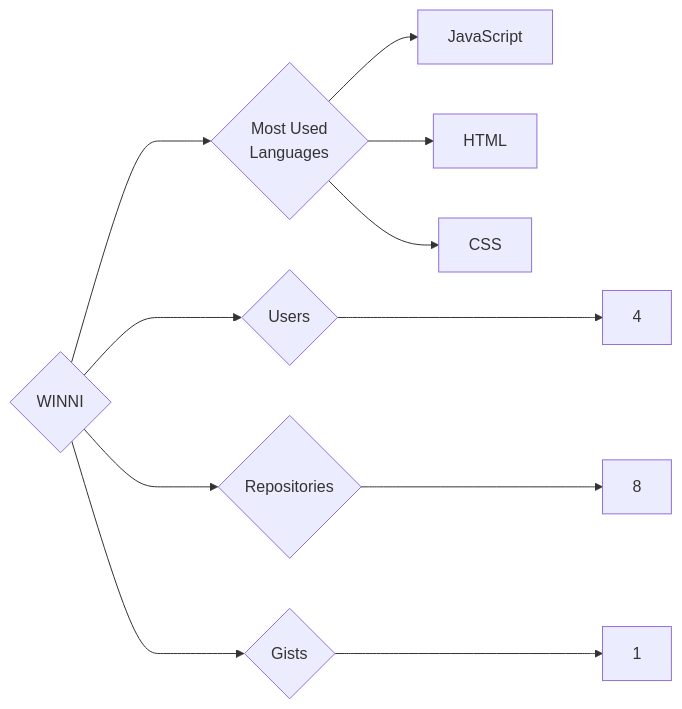
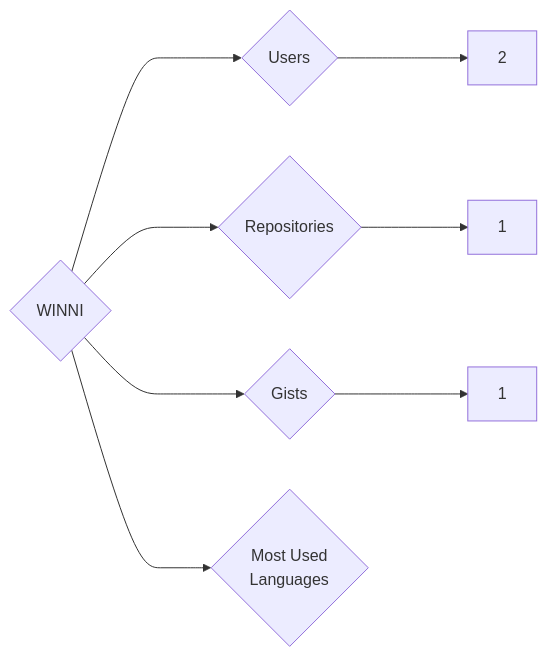
The diagram in targets/WINNI/README.md (trickest/insiders), drawn with Mermaid before and after one commit. The commit also changed 969 other files, not shown here.

````diff
--- a/targets/WINNI/README.md
+++ b/targets/WINNI/README.md
@@ -3,11 +3,8 @@
 ```mermaid
 graph LR
 COMPANY_NAME{WINNI}
-COMPANY_NAME ---> U{Users} ---> UN[4]
-COMPANY_NAME ---> R{Repositories} ---> RN[8]
+COMPANY_NAME ---> U{Users} ---> UN[2]
+COMPANY_NAME ---> R{Repositories} ---> RN[1]
 COMPANY_NAME ---> G{Gists} ---> GN[1]
 COMPANY_NAME ---> ML{Most Used<br>Languages}
-ML --> JavaScript[JavaScript]
-ML --> HTML[HTML]
-ML --> CSS[CSS]
 ```
````
